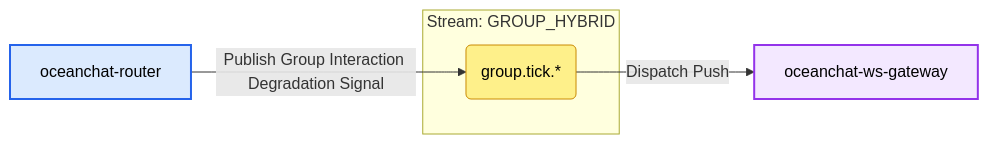
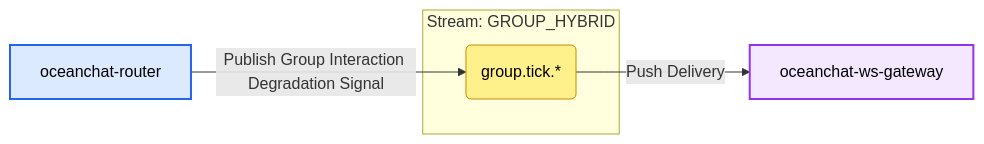
The ninth of 12 diagrams in docs/devdocs/jetstream-strategy.md (JamesWilson19970101/ocean.chat.docs), drawn with Mermaid before and after one commit. The commit also changed other lines of this file and 5 other files, not shown here.

First line of the commit message:
docs(architecture): update JetStream strategy, microservices and ADRs

````diff
--- a/docs/devdocs/jetstream-strategy.md
+++ b/docs/devdocs/jetstream-strategy.md
@@ -413,16 +408,16 @@
 ```mermaid
 flowchart LR
   classDef gateway fill:#f3e8ff,stroke:#9333ea,stroke-width:2px,color:#000;
   classDef service fill:#dbeafe,stroke:#2563eb,stroke-width:2px,color:#000;
   classDef subject fill:#fef08a,stroke:#ca8a04,stroke-width:1px,color:#000;
 
   P[oceanchat-router]:::service
   C[oceanchat-ws-gateway]:::gateway
 
   subgraph Stream: GROUP_HYBRID
     SUB(group.tick.*):::subject
   end
 
   P -- Publish Group Interaction Degradation Signal --> SUB
-  SUB -- Dispatch Push --> C
+  SUB -- Push Delivery --> C
 ```
````
